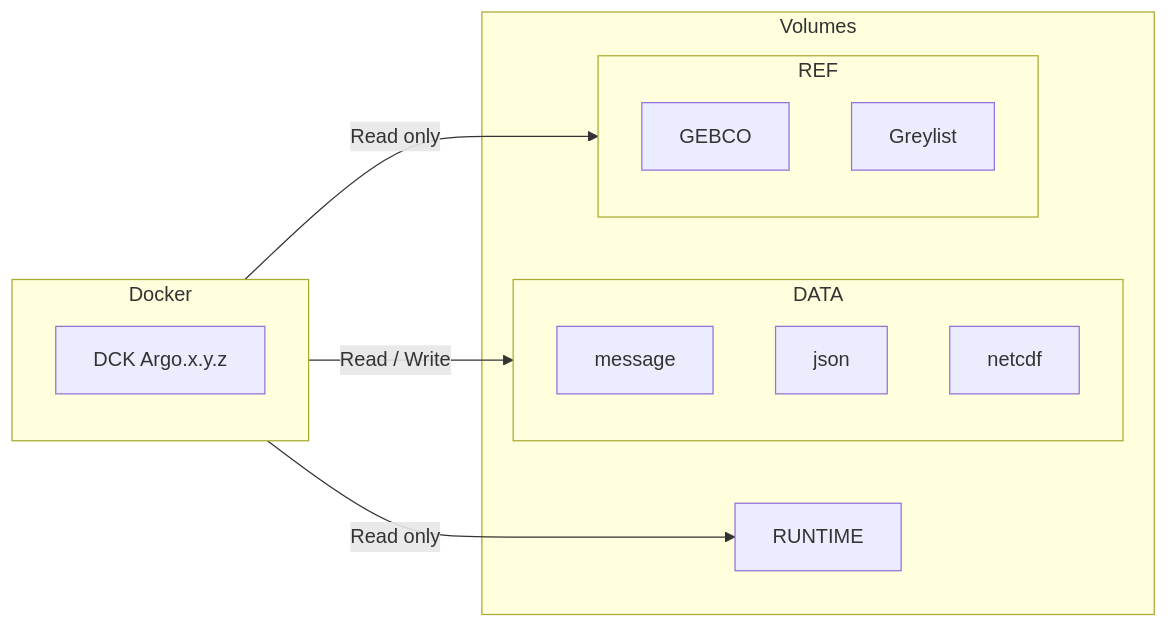
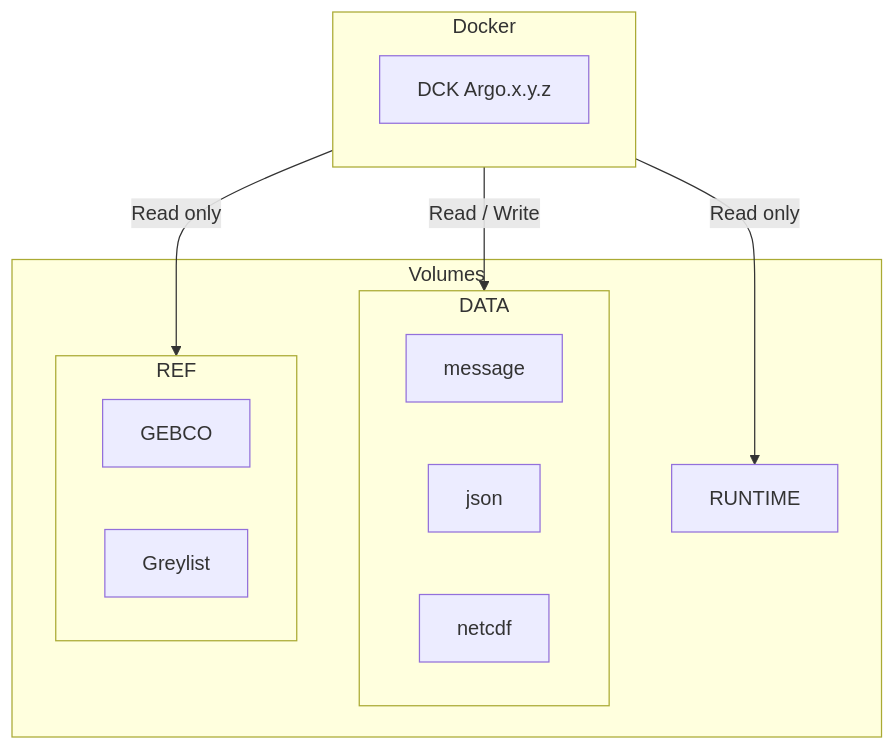
One commit to euroargodev/Coriolis-data-processing-chain-for-Argo-floats-demo changed the diagram in README.md. Above: the diagram before and after it, drawn with Mermaid.

Commit message:
change mermaid graphe orientation

````diff
--- a/README.md
+++ b/README.md
@@ -5,24 +5,24 @@
 ```mermaid
-graph LR
+graph TD
    
       subgraph Docker[Docker]
             Argo-decoder[DCK Argo.x.y.z]
       end
     
       subgraph Volumes[Volumes]
             subgraph Data[DATA]
                   Message[message]
                   Config[json]
                   Output[netcdf]
             end
             Runtime[RUNTIME]
             subgraph Ref[REF]
                   Gebco[GEBCO]
                   Greylist[Greylist]
             end
       end
 
       Docker -- Read only --> Runtime
       Docker -- Read / Write --> Data
       Docker -- Read only --> Ref
 ```
````
